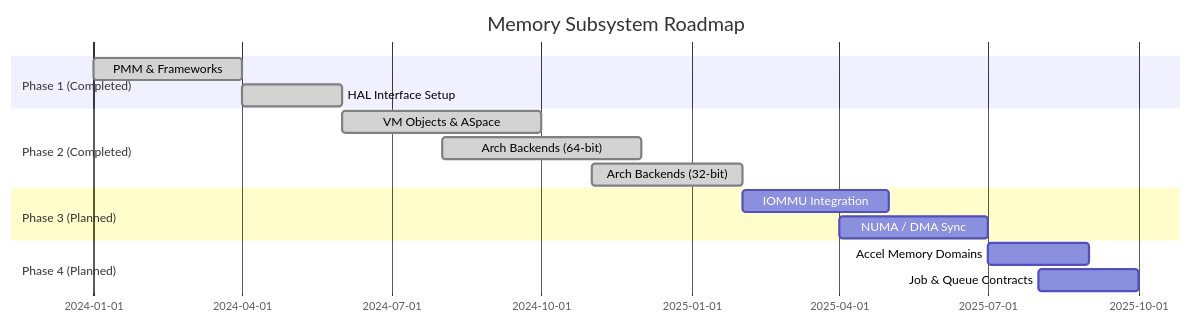
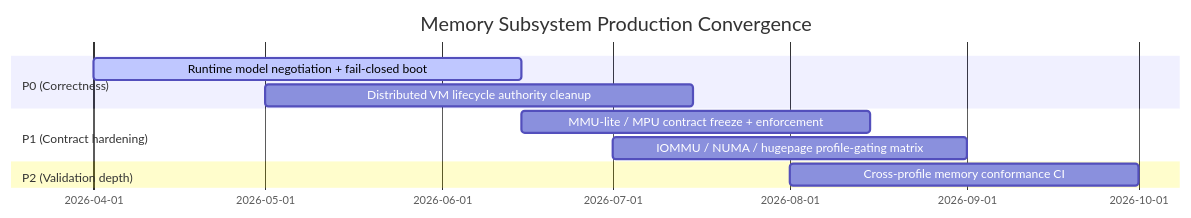
Before and after one commit to CloudCarpentry/Bharat-OS: the diagram in docs/architecture/memory/memory-roadmap-consolidated.md, drawn with Mermaid. The commit also changed other lines of this file and 884 other files, not shown here.

````diff
--- a/docs/architecture/memory/memory-roadmap-consolidated.md
+++ b/docs/architecture/memory/memory-roadmap-consolidated.md
@@ -69,18 +108,13 @@
 ```mermaid
 gantt
-    title Memory Subsystem Roadmap
-    dateFormat YYYY-MM-DD
-    section Phase 1 (Completed)
-    PMM & Frameworks      :done,    des1, 2024-01-01, 2024-04-01
-    HAL Interface Setup   :done,    des2, 2024-04-01, 2024-06-01
-    section Phase 2 (Completed)
-    VM Objects & ASpace   :done,    des3, 2024-06-01, 2024-10-01
-    Arch Backends (64-bit):done,    des4, 2024-08-01, 2024-12-01
-    Arch Backends (32-bit):done,    des5, 2024-11-01, 2025-02-01
-    section Phase 3 (Planned)
-    IOMMU Integration     :         des6, 2025-02-01, 2025-05-01
-    NUMA / DMA Sync       :         des7, 2025-04-01, 2025-07-01
-    section Phase 4 (Planned)
-    Accel Memory Domains  :         des8, 2025-07-01, 2025-09-01
-    Job & Queue Contracts :         des9, 2025-08-01, 2025-10-01
+    title Memory Subsystem Production Convergence
+    dateFormat  YYYY-MM-DD
+    section P0 (Correctness)
+    Runtime model negotiation + fail-closed boot    :active, a1, 2026-04-01, 2026-06-15
+    Distributed VM lifecycle authority cleanup       :a2, 2026-05-01, 2026-07-15
+    section P1 (Contract hardening)
+    MMU-lite / MPU contract freeze + enforcement     :a3, 2026-06-15, 2026-08-15
+    IOMMU / NUMA / hugepage profile-gating matrix    :a4, 2026-07-01, 2026-09-01
+    section P2 (Validation depth)
+    Cross-profile memory conformance CI              :a5, 2026-08-01, 2026-10-01
 ```
````
